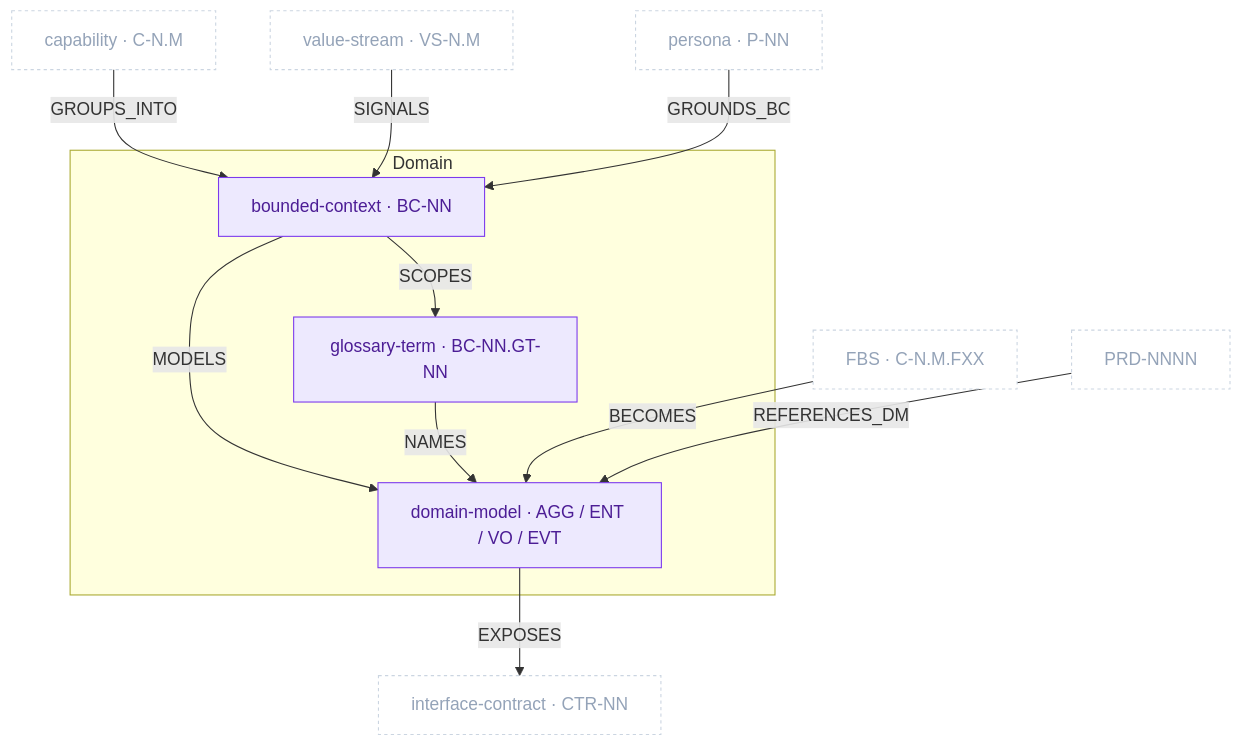
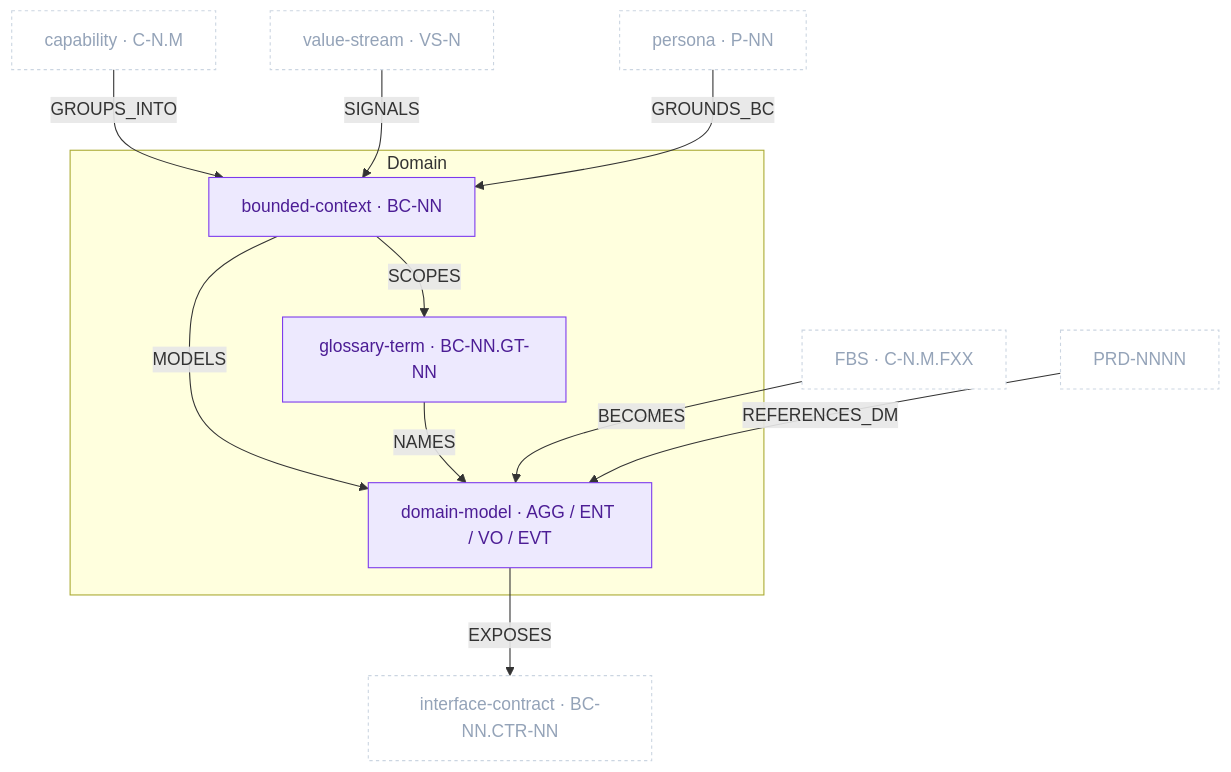
Before and after one commit to VictorHueni/clew: the diagram in docs/metamodel/packages/domain.md, drawn with Mermaid. The commit also changed 7 other files, not shown here.

First line of the commit message:
docs(metamodel): align diagrams, boundary tables, and ID displays to catalogue authority

````diff
--- a/docs/metamodel/packages/domain.md
+++ b/docs/metamodel/packages/domain.md
@@ -25,28 +25,28 @@
 ```mermaid
 flowchart TD
     classDef domain fill:#EDE9FE,stroke:#7C3AED,color:#4C1D95
     classDef ext    fill:#ffffff,stroke:#cbd5e1,color:#94a3b8,stroke-dasharray:3 3
 
     C3["capability · C-N.M"]:::ext
-    VS["value-stream · VS-N.M"]:::ext
+    VS["value-stream · VS-N"]:::ext
     P["persona · P-NN"]:::ext
     FBS["FBS · C-N.M.FXX"]:::ext
-    CTR["interface-contract · CTR-NN"]:::ext
+    CTR["interface-contract · BC-NN.CTR-NN"]:::ext
     PRD["PRD-NNNN"]:::ext
 
     subgraph DOM["Domain"]
         BC["bounded-context · BC-NN"]:::domain
         GT["glossary-term · BC-NN.GT-NN"]:::domain
         DM["domain-model · AGG / ENT / VO / EVT"]:::domain
     end
 
     C3 -->|"GROUPS_INTO"| BC
     VS -->|"SIGNALS"| BC
     P -->|"GROUNDS_BC"| BC
     BC -->|"SCOPES"| GT
     BC -->|"MODELS"| DM
     GT -->|"NAMES"| DM
     FBS -->|"BECOMES"| DM
     DM -->|"EXPOSES"| CTR
     PRD -->|"REFERENCES_DM"| DM
 ```
````
